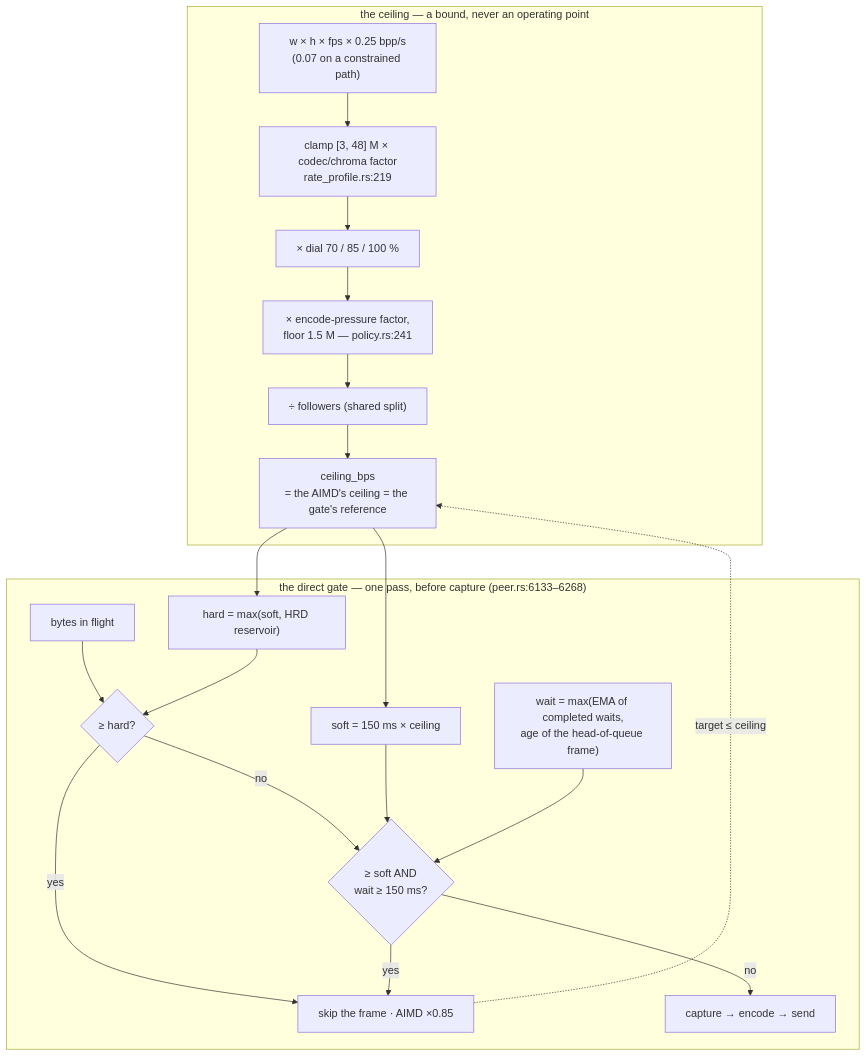
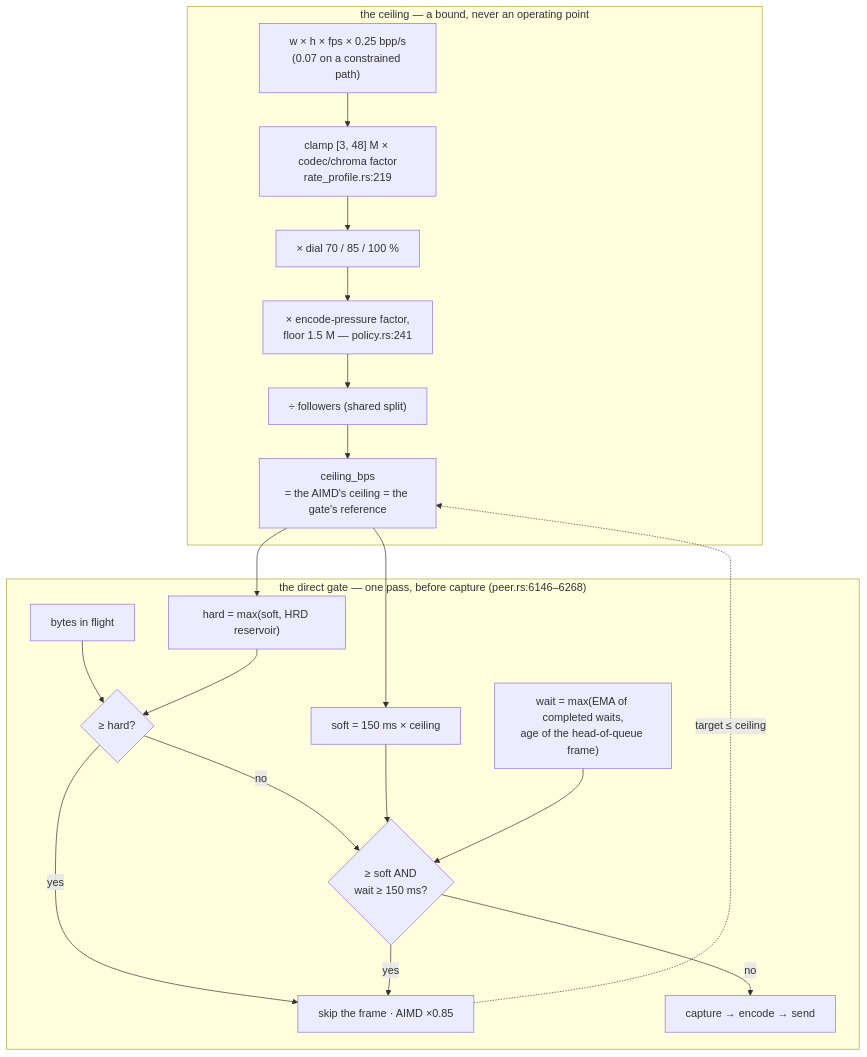
One commit to gjovanov/roomler-ai changed the fifth of 7 diagrams in docs/rate-control.md. Above: the diagram before and after it, drawn with Mermaid. The commit also changed other lines of this file and 79 other files, not shown here.

````diff
--- a/docs/rate-control.md
+++ b/docs/rate-control.md
@@ -658,24 +658,24 @@
 ```mermaid
 flowchart TB
     subgraph ceiling["the ceiling — a bound, never an operating point"]
         G["w × h × fps × 0.25 bpp/s<br/>(0.07 on a constrained path)"] --> C["clamp [3, 48] M × codec/chroma factor<br/>rate_profile.rs:219"]
         C --> D["× dial 70 / 85 / 100 %"]
         D --> E["× encode-pressure factor,<br/>floor 1.5 M — policy.rs:241"]
         E --> S["÷ followers (shared split)"]
         S --> CEIL["ceiling_bps<br/>= the AIMD's ceiling = the gate's reference"]
     end
-    subgraph gate["the direct gate — one pass, before capture (peer.rs:6133–6268)"]
+    subgraph gate["the direct gate — one pass, before capture (peer.rs:6146–6268)"]
         CEIL --> SOFT["soft = 150 ms × ceiling"]
         CEIL --> HARD["hard = max(soft, HRD reservoir)"]
         W["wait = max(EMA of completed waits,<br/>age of the head-of-queue frame)"]
         Q["bytes in flight"] --> H{"≥ hard?"}
         HARD --> H
         H -- yes --> TRIP["skip the frame · AIMD ×0.85"]
         H -- no --> SQ{"≥ soft AND<br/>wait ≥ 150 ms?"}
         SOFT --> SQ
         W --> SQ
         SQ -- yes --> TRIP
         SQ -- no --> PASS["capture → encode → send"]
     end
     TRIP -.->|"target ≤ ceiling"| CEIL
 ```
````
